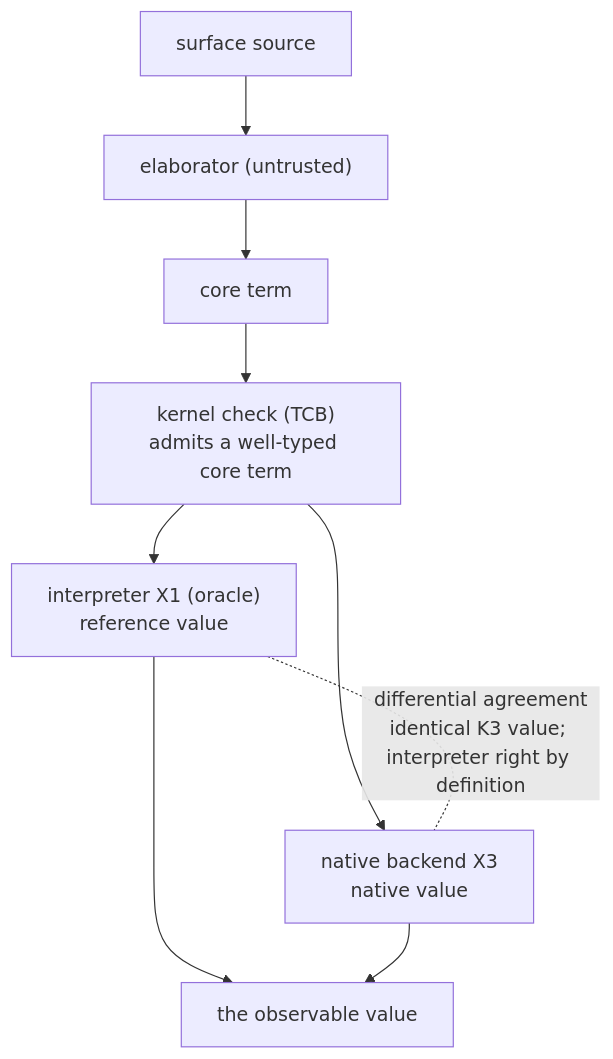
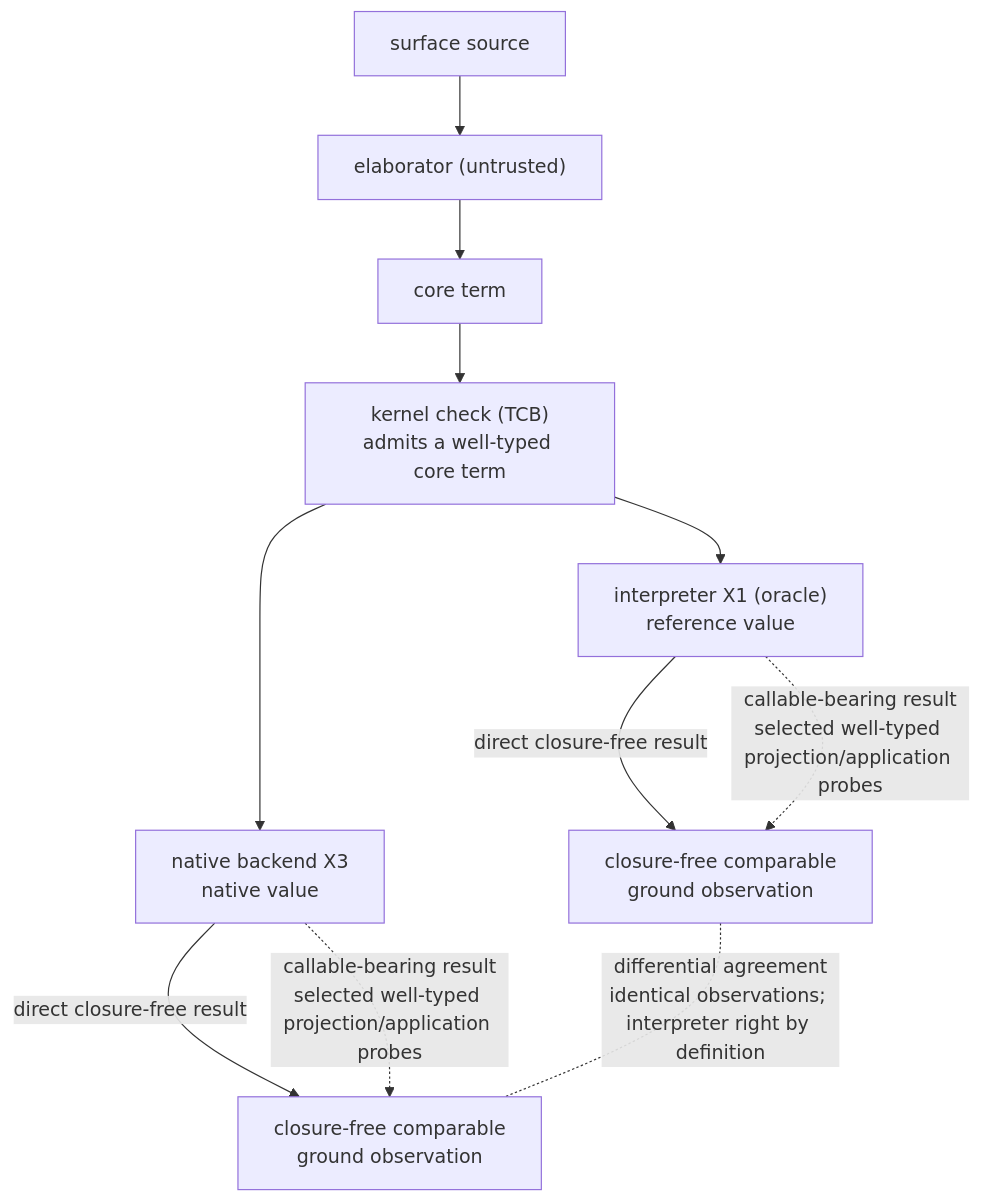
One commit to ken-topos/ken changed the diagram in spec/40-runtime/45-native-backend.md. Above: the diagram before and after it, drawn with Mermaid.

Commit message:
spec: qualify backend observation diagram

````diff
--- a/spec/40-runtime/45-native-backend.md
+++ b/spec/40-runtime/45-native-backend.md
@@ -28,11 +28,13 @@
 ```mermaid
 flowchart TD
   src["surface source"] --> elab["elaborator (untrusted)"]
   elab --> core["core term"]
   core --> kernel["kernel check (TCB)<br/>admits a well-typed core term"]
   kernel --> interp["interpreter X1 (oracle)<br/>reference value"]
   kernel --> backend["native backend X3<br/>native value"]
-  interp -. "differential agreement<br/>identical K3 value; interpreter right by definition" .- backend
-  interp --> val["the observable value"]
-  backend --> val
+  interp -->|"direct closure-free result"| iobs["closure-free comparable<br/>ground observation"]
+  backend -->|"direct closure-free result"| bobs["closure-free comparable<br/>ground observation"]
+  interp -. "callable-bearing result<br/>selected well-typed projection/application probes" .-> iobs
+  backend -. "callable-bearing result<br/>selected well-typed projection/application probes" .-> bobs
+  iobs -. "differential agreement<br/>identical observations; interpreter right by definition" .- bobs
 ```
````
